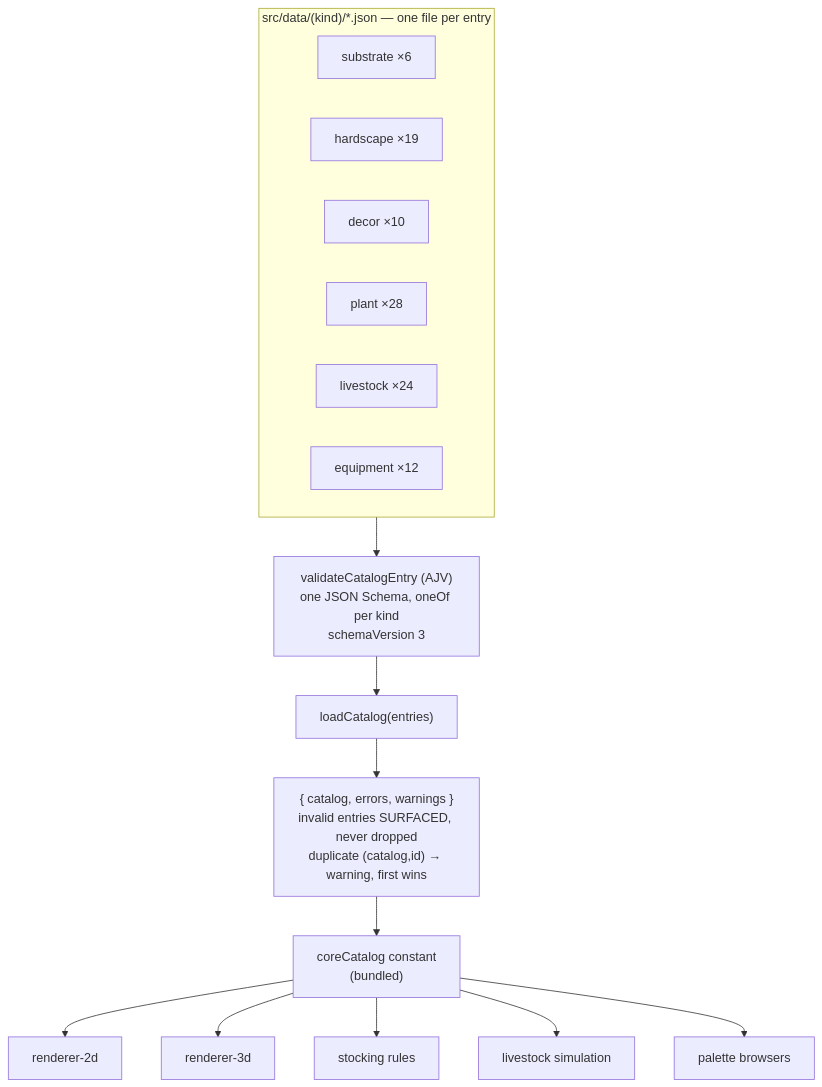
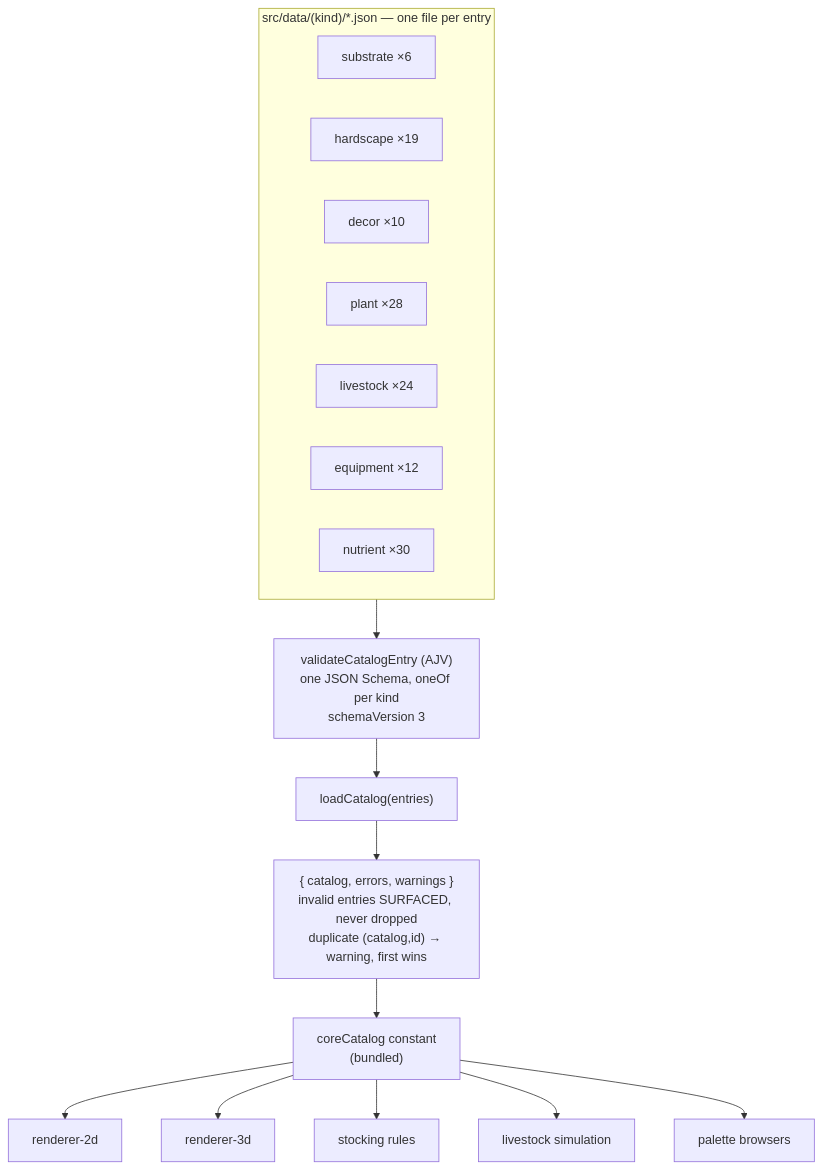
The diagram in docs/architecture/catalog.md (joebarbere/aquascape), drawn with Mermaid before and after one commit. The commit also changed other lines of this file and 38 other files, not shown here.

````diff
--- a/docs/architecture/catalog.md
+++ b/docs/architecture/catalog.md
@@ -15,16 +15,17 @@
 ```mermaid
 flowchart TD
     subgraph manifests ["src/data/(kind)/*.json — one file per entry"]
         S[substrate ×6]
         H[hardscape ×19]
         D[decor ×10]
         P[plant ×28]
         L[livestock ×24]
         E[equipment ×12]
+        N[nutrient ×30]
     end
     manifests --> V["validateCatalogEntry (AJV)<br/>one JSON Schema, oneOf per kind<br/>schemaVersion 3"]
     V --> LD["loadCatalog(entries)"]
     LD --> OUT["{ catalog, errors, warnings }<br/>invalid entries SURFACED, never dropped<br/>duplicate (catalog,id) → warning, first wins"]
     OUT --> CC["coreCatalog constant<br/>(bundled)"]
     CC --> R2D[renderer-2d] & R3D[renderer-3d] & STK[stocking rules] & SIM[livestock simulation] & UI[palette browsers]
 ```
````
